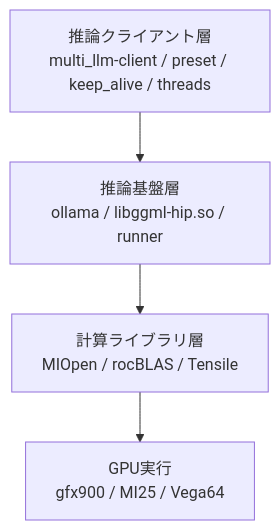
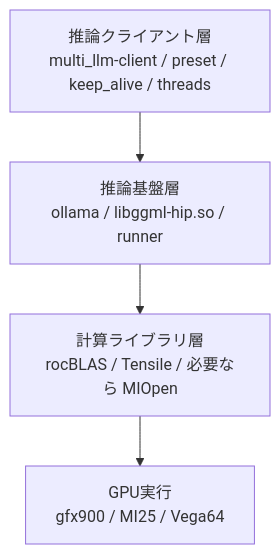
The first of 2 diagrams in vega_optimize-statics.md (AETS-MAGI/MI25-tuning-MCP), drawn with Mermaid before and after one commit. The commit also changed other lines of this file and 2 other files, not shown here.

````diff
--- a/vega_optimize-statics.md
+++ b/vega_optimize-statics.md
@@ -82,6 +82,6 @@
 ```mermaid
 flowchart TD
     A[推論クライアント層<br/>multi_llm-client / preset / keep_alive / threads] --> B[推論基盤層<br/>ollama / libggml-hip.so / runner]
-    B --> C[計算ライブラリ層<br/>MIOpen / rocBLAS / Tensile]
+    B --> C[計算ライブラリ層<br/>rocBLAS / Tensile / 必要なら MIOpen]
     C --> D[GPU実行<br/>gfx900 / MI25 / Vega64]
 ```
````
